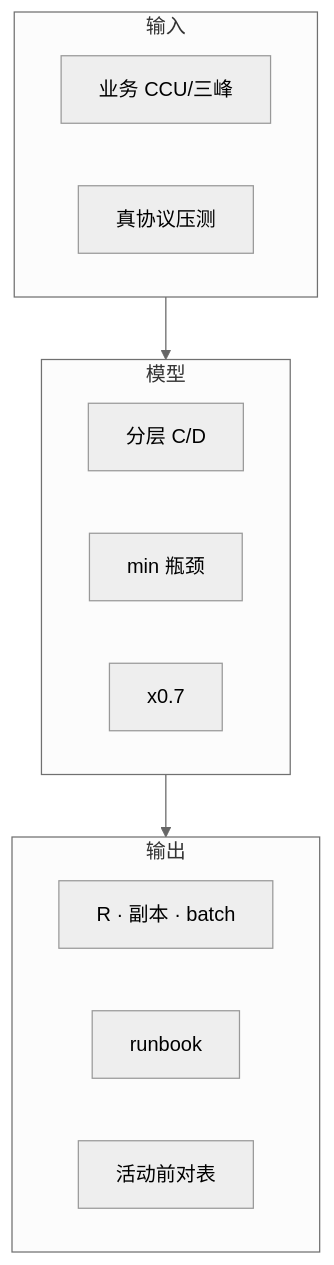
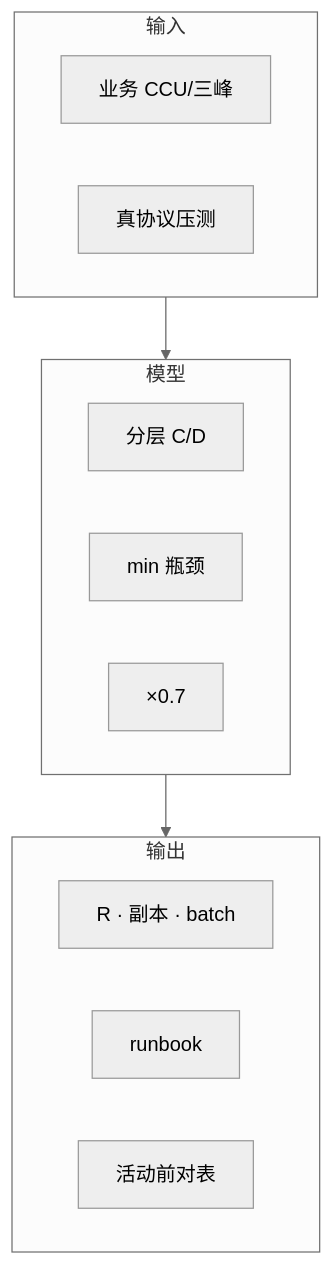
One commit to ml-cuizijun/LearnToLilith changed the fourth of 8 diagrams in 07-游戏运维专题/04-全链路压测与容量模型/知识点.md. Above: the diagram before and after it, drawn with Mermaid (neutral theme). The commit also changed other lines of this file and 178 other files, not shown here.

````diff
--- a/07-游戏运维专题/04-全链路压测与容量模型/知识点.md
+++ b/07-游戏运维专题/04-全链路压测与容量模型/知识点.md
@@ -187,18 +164,18 @@
 ```mermaid
 flowchart TD
     subgraph in["输入"]
         I1["业务 CCU/三峰"]
         I2["真协议压测"]
     end
     subgraph model["模型"]
         M1["分层 C/D"]
         M2["min 瓶颈"]
-        M3["x0.7"]
+        M3["×0.7"]
     end
     subgraph out["输出"]
         O1["R · 副本 · batch"]
         O2["runbook"]
         O3["活动前对表"]
     end
     in --> model --> out
 ```
````
